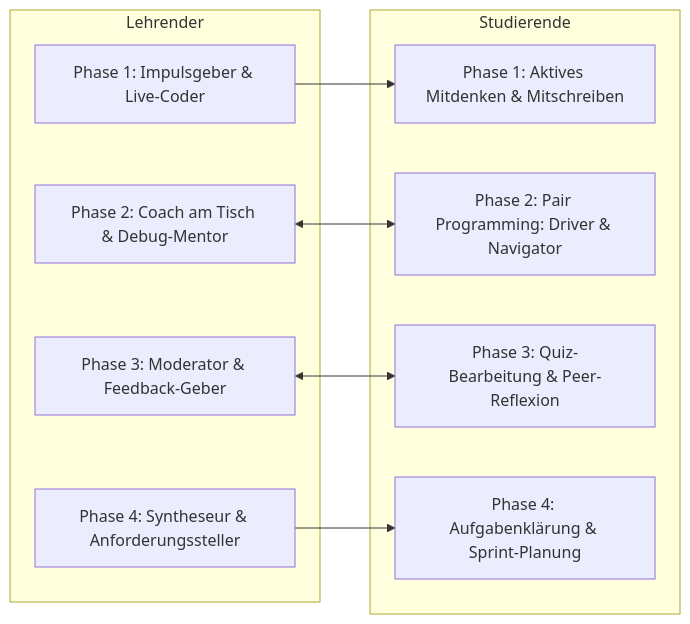
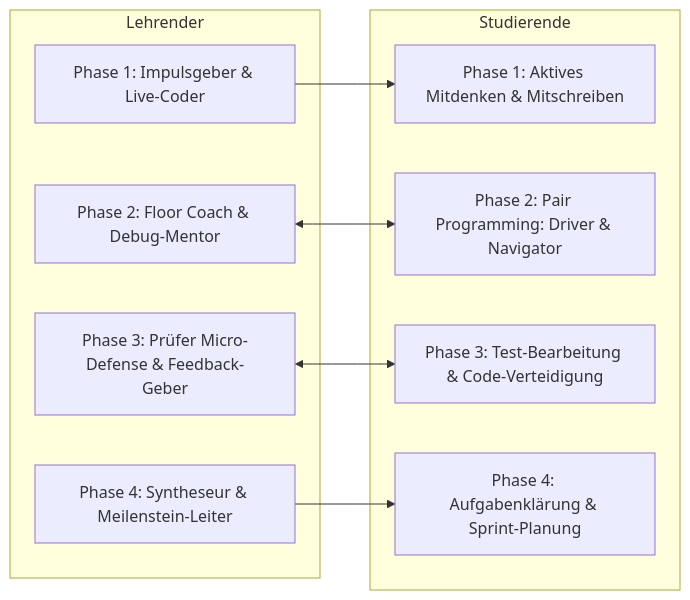
Before and after one commit to ghackenberg/kurs-computer-simulation: the second of 4 diagrams in Konzept/01_Lehrveranstaltungsstruktur_und_Syllabus.md, drawn with Mermaid. The commit also changed other lines of this file and 2 other files, not shown here.

````diff
--- a/Konzept/01_Lehrveranstaltungsstruktur_und_Syllabus.md
+++ b/Konzept/01_Lehrveranstaltungsstruktur_und_Syllabus.md
@@ -377,19 +546,19 @@
 ```mermaid
 flowchart LR
     subgraph Lehrender
         L1[Phase 1: Impulsgeber & Live-Coder]
-        L2[Phase 2: Coach am Tisch & Debug-Mentor]
-        L3[Phase 3: Moderator & Feedback-Geber]
-        L4[Phase 4: Syntheseur & Anforderungssteller]
+        L2[Phase 2: Floor Coach & Debug-Mentor]
+        L3[Phase 3: Prüfer Micro-Defense & Feedback-Geber]
+        L4[Phase 4: Syntheseur & Meilenstein-Leiter]
     end
     subgraph Studierende
         S1[Phase 1: Aktives Mitdenken & Mitschreiben]
         S2[Phase 2: Pair Programming: Driver & Navigator]
-        S3[Phase 3: Quiz-Bearbeitung & Peer-Reflexion]
+        S3[Phase 3: Test-Bearbeitung & Code-Verteidigung]
         S4[Phase 4: Aufgabenklärung & Sprint-Planung]
     end
     L1 --> S1
     L2 <--> S2
     L3 <--> S3
     L4 --> S4
 ```
````
